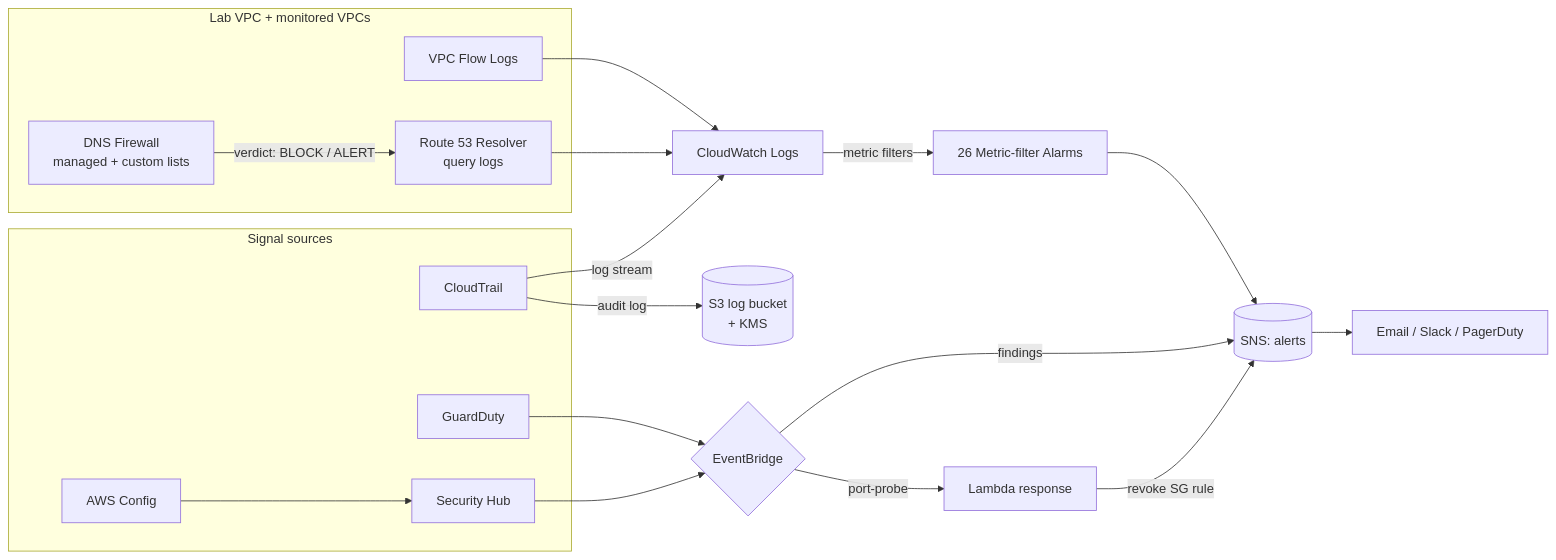
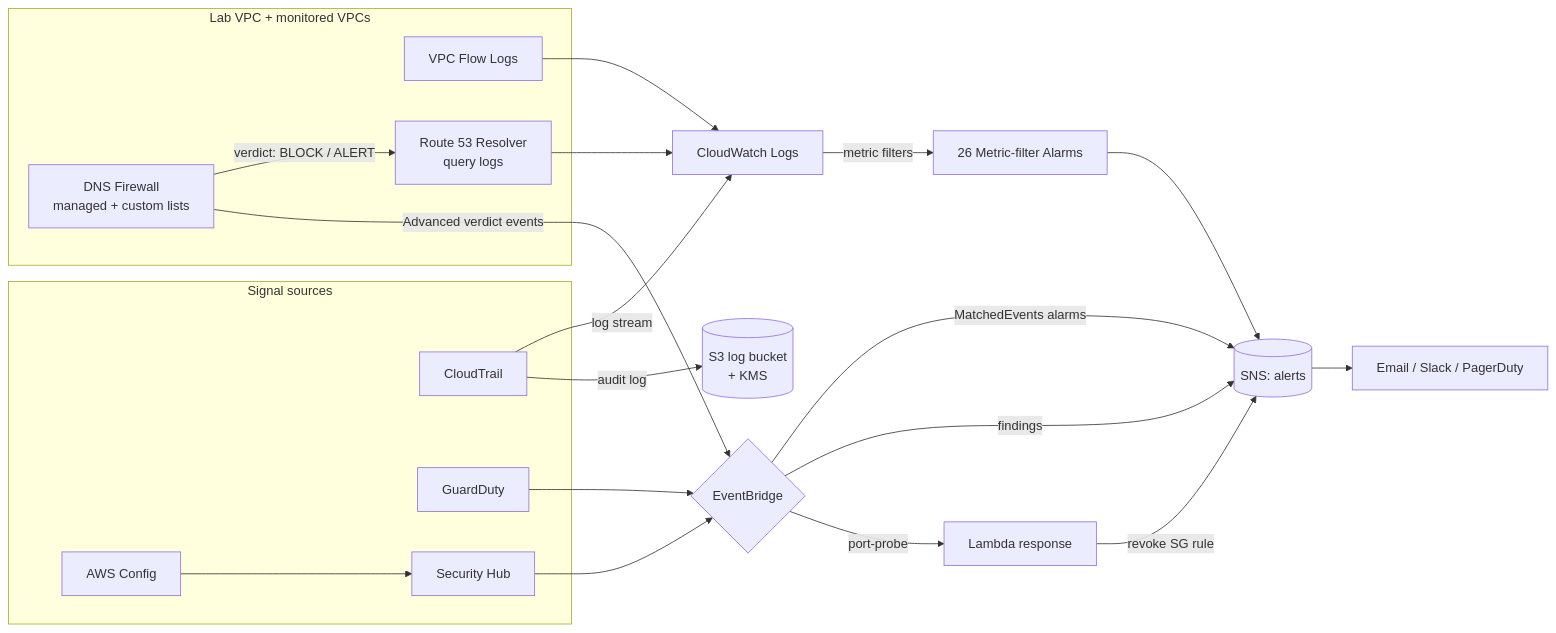
Before and after one commit to H3llKa1ser/AWS-Detection-Engineering-Lab: the diagram in README.md, drawn with Mermaid. The commit also changed other lines of this file and 16 other files, not shown here.

````diff
--- a/README.md
+++ b/README.md
@@ -36,32 +36,34 @@
 ```mermaid
 flowchart LR
     subgraph Sources["Signal sources"]
         CT[CloudTrail]
         GD[GuardDuty]
         CFG[AWS Config]
         SH[Security Hub]
     end
 
     subgraph Net["Lab VPC + monitored VPCs"]
         FL[VPC Flow Logs]
         FW[DNS Firewall<br/>managed + custom lists]
         DNS[Route 53 Resolver<br/>query logs]
         FW -->|verdict: BLOCK / ALERT| DNS
     end
+    FW -->|Advanced verdict events| EB
 
     CT -->|log stream| CWL[CloudWatch Logs]
     FL --> CWL
     DNS --> CWL
     CWL -->|metric filters| ALM[26 Metric-filter Alarms]
+    EB -->|MatchedEvents alarms| SNS
     CT -->|audit log| S3[(S3 log bucket<br/>+ KMS)]
 
     CFG --> SH
     GD --> EB{EventBridge}
     SH --> EB
     ALM --> SNS[(SNS: alerts)]
     EB -->|findings| SNS
     EB -->|port-probe| L[Lambda response]
     L -->|revoke SG rule| SNS
 
     SNS --> Email[Email / Slack / PagerDuty]
 ```
````
